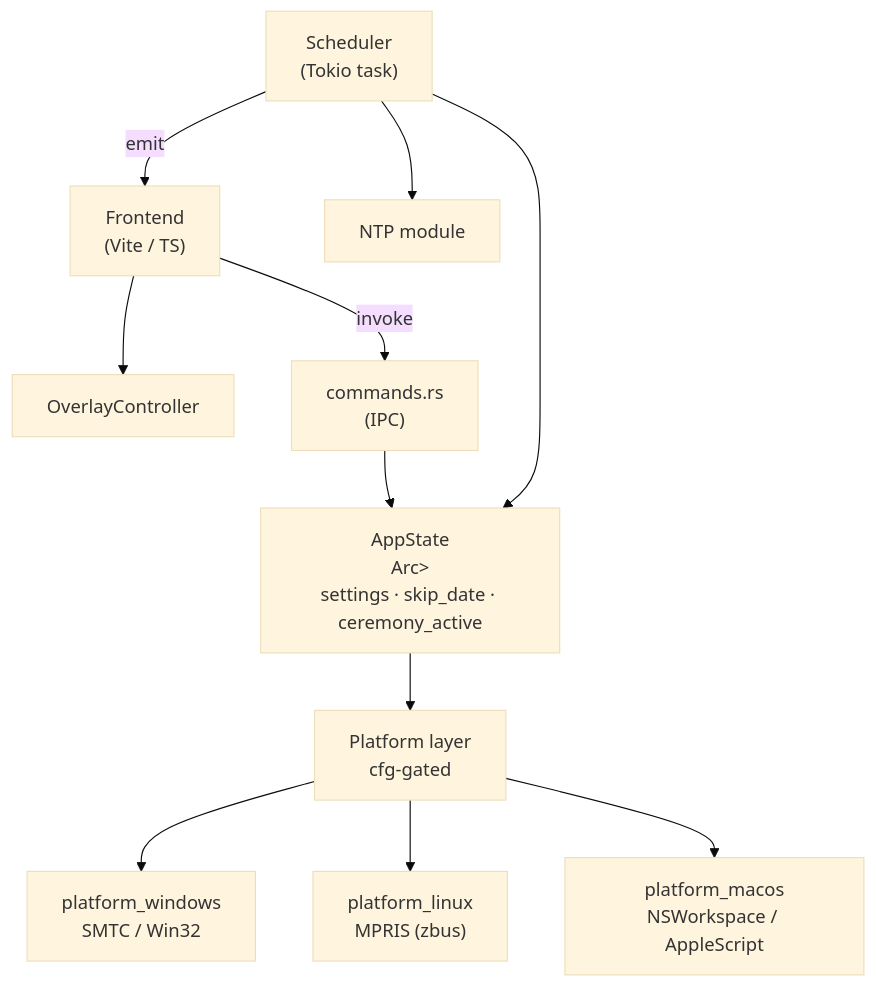
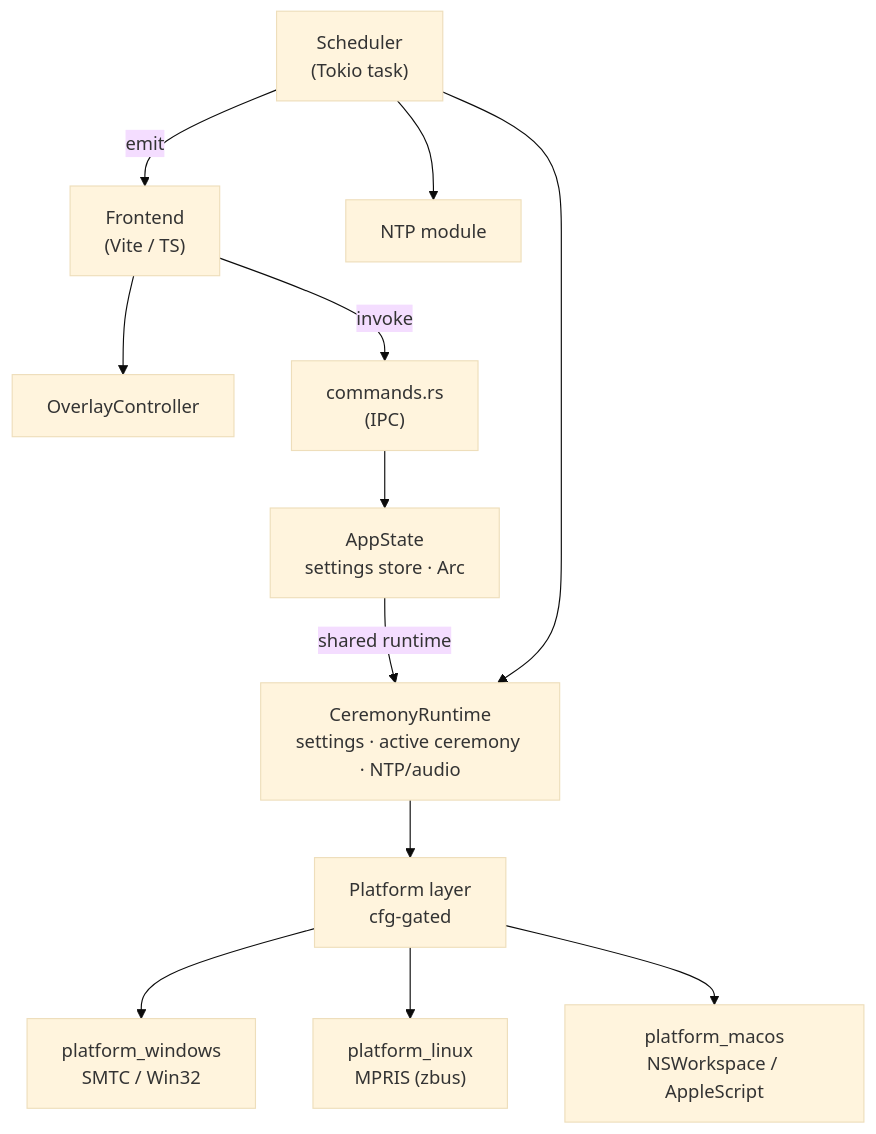
Before and after one commit to ChernegaSergiy/minute-of-silence: the diagram in docs/architecture.md, drawn with Mermaid (base theme).

Commit message:
docs(architecture): Align overview with shared runtime

````diff
--- a/docs/architecture.md
+++ b/docs/architecture.md
@@ -5,24 +5,26 @@
 ```mermaid
 graph TD
     Scheduler["Scheduler\n(Tokio task)"]
     NTP["NTP module"]
     Frontend["Frontend\n(Vite / TS)"]
     Overlay["OverlayController"]
     Commands["commands.rs\n(IPC)"]
-    State["AppState\nArc<Mutex<Inner>>\nsettings · skip_date · ceremony_active"]
+    Runtime["CeremonyRuntime\nsettings · active ceremony · NTP/audio"]
+    AppState["AppState\nsettings store · Arc<CeremonyRuntime>"]
     Platform["Platform layer\ncfg-gated"]
     Windows["platform_windows\nSMTC / Win32"]
     Linux["platform_linux\nMPRIS (zbus)"]
     Macos["platform_macos\nNSWorkspace / AppleScript"]
 
     Scheduler -->|emit| Frontend
     Frontend --> Overlay
     Frontend -->|invoke| Commands
     Scheduler --> NTP
-    Scheduler --> State
-    Commands --> State
-    State --> Platform
+    Scheduler --> Runtime
+    Commands --> AppState
+    AppState -->|shared runtime| Runtime
+    Runtime --> Platform
     Platform --> Windows
     Platform --> Linux
     Platform --> Macos
 ```
````
